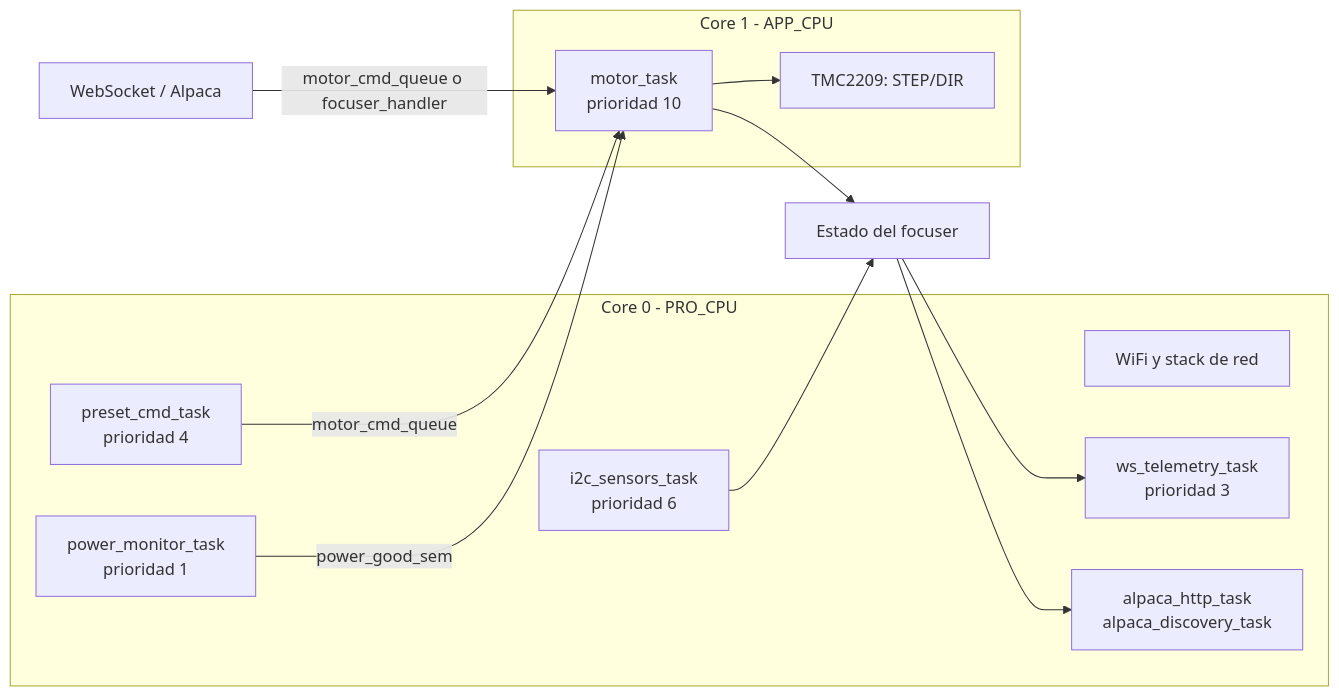
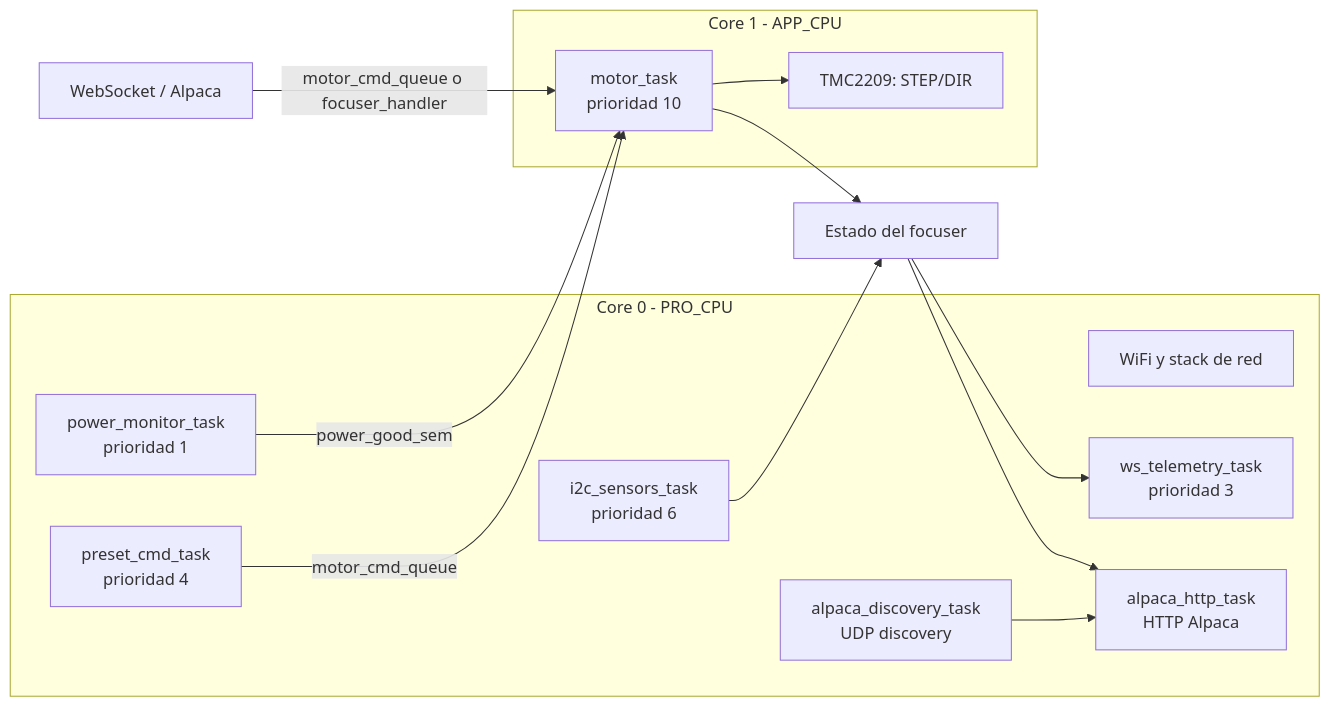
Before and after one commit to Fellbowl/alpaca-pcb: the second of 3 diagrams in main/workflow_general.md, drawn with Mermaid. The commit also changed other lines of this file and 3 other files, not shown here.

````diff
--- a/main/workflow_general.md
+++ b/main/workflow_general.md
@@ -59,25 +59,27 @@
 ```mermaid
 flowchart LR
     subgraph C0[Core 0 - PRO_CPU]
         WIFI[WiFi y stack de red]
         I2C[i2c_sensors_task<br/>prioridad 6]
         POWER[power_monitor_task<br/>prioridad 1]
         PRESET[preset_cmd_task<br/>prioridad 4]
         TELEMETRY[ws_telemetry_task<br/>prioridad 3]
-        ALPACA[alpaca_http_task<br/>alpaca_discovery_task]
+        ALPACA_HTTP[alpaca_http_task<br/>HTTP Alpaca]
+        ALPACA_DISCOVERY[alpaca_discovery_task<br/>UDP discovery]
     end
 
     subgraph C1[Core 1 - APP_CPU]
         MOTOR[motor_task<br/>prioridad 10]
         TMC[TMC2209: STEP/DIR]
     end
 
     POWER -->|power_good_sem| MOTOR
     PRESET -->|motor_cmd_queue| MOTOR
     NETWORK[WebSocket / Alpaca] -->|motor_cmd_queue o focuser_handler| MOTOR
     MOTOR --> TMC
     I2C --> STATE[Estado del focuser]
     MOTOR --> STATE
     STATE --> TELEMETRY
-    STATE --> ALPACA
+    STATE --> ALPACA_HTTP
+    ALPACA_DISCOVERY --> ALPACA_HTTP
 ```
````
